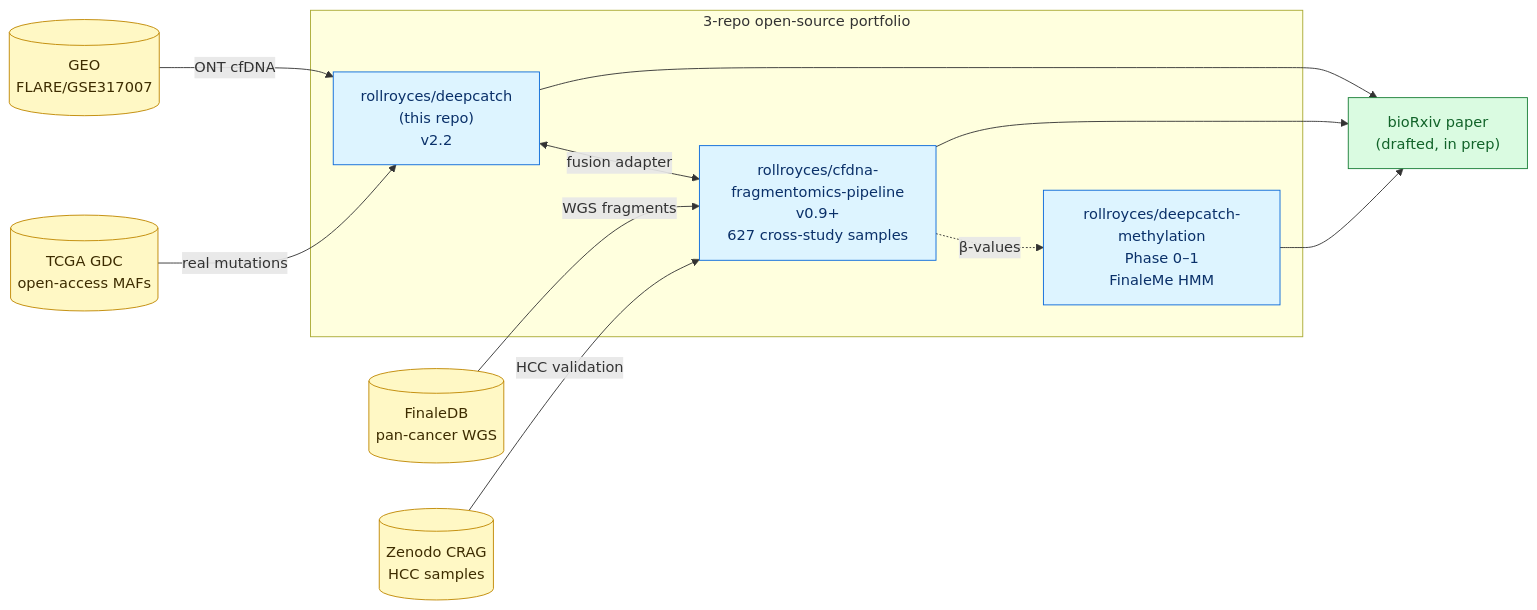
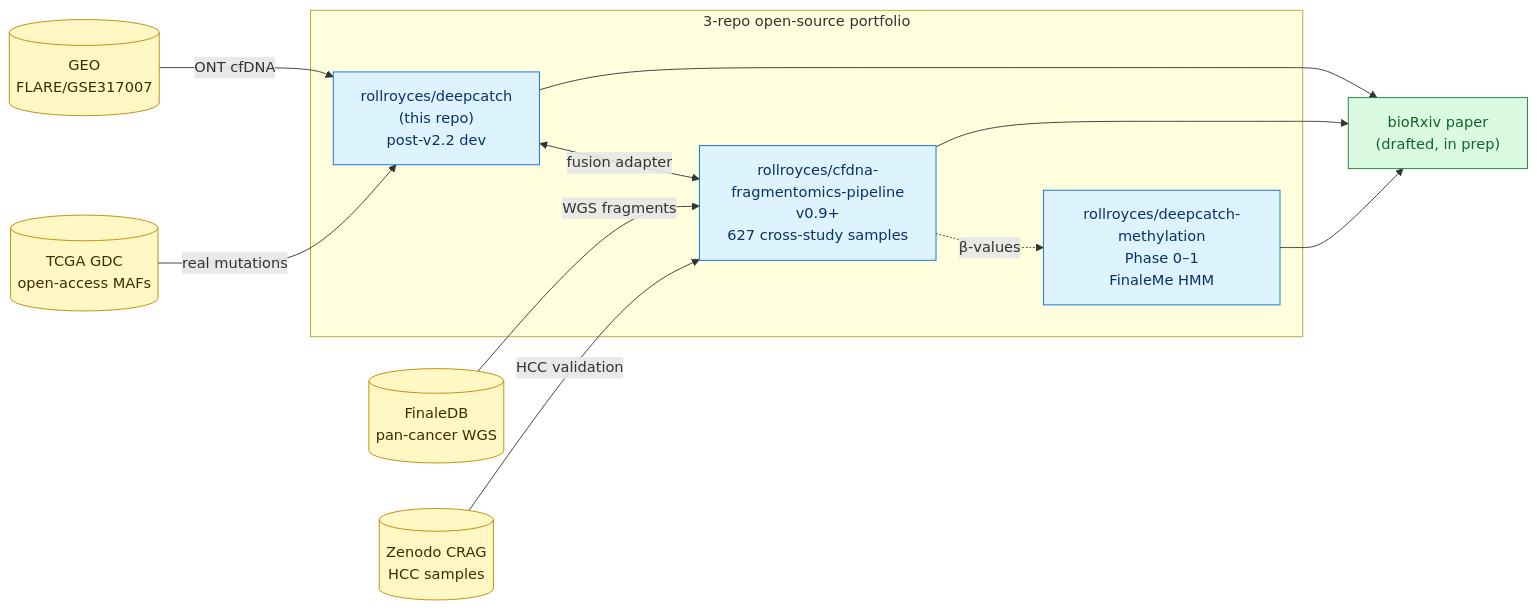
The first of 7 diagrams in README.md (rollroyces/deepcatch), drawn with Mermaid before and after one commit. The commit also changed other lines of this file and 7 other files, not shown here.

````diff
--- a/README.md
+++ b/README.md
@@ -25,30 +25,30 @@
 ```mermaid
 graph LR
     subgraph ThreeRepos["3-repo open-source portfolio"]
-        DC["rollroyces/deepcatch<br/>(this repo)<br/>v2.2"]
+        DC["rollroyces/deepcatch<br/>(this repo)<br/>post-v2.2 dev"]
         FP["rollroyces/cfdna-fragmentomics-pipeline<br/>v0.9+<br/>627 cross-study samples"]
         METH["rollroyces/deepcatch-methylation<br/>Phase 0–1<br/>FinaleMe HMM"]
     end
 
     TCGA[("TCGA GDC<br/>open-access MAFs")]
     FinaleDB[("FinaleDB<br/>pan-cancer WGS")]
     Zenodo[("Zenodo CRAG<br/>HCC samples")]
     GEO[("GEO<br/>FLARE/GSE317007")]
 
     TCGA -->|real mutations| DC
     FinaleDB -->|WGS fragments| FP
     Zenodo -->|HCC validation| FP
     GEO -->|ONT cfDNA| DC
     DC <-->|fusion adapter| FP
     FP -.->|β-values| METH
 
     BioRxiv["bioRxiv paper<br/>(drafted, in prep)"]
     DC & FP & METH --> BioRxiv
 
     classDef repo fill:#ddf4ff,stroke:#0969da,color:#0a3069
     classDef data fill:#fff8c5,stroke:#bf8700,color:#3d2c00
     classDef out fill:#dafbe1,stroke:#1a7f37,color:#116329
     class DC,FP,METH repo
     class TCGA,FinaleDB,Zenodo,GEO data
     class BioRxiv out
 ```
````
